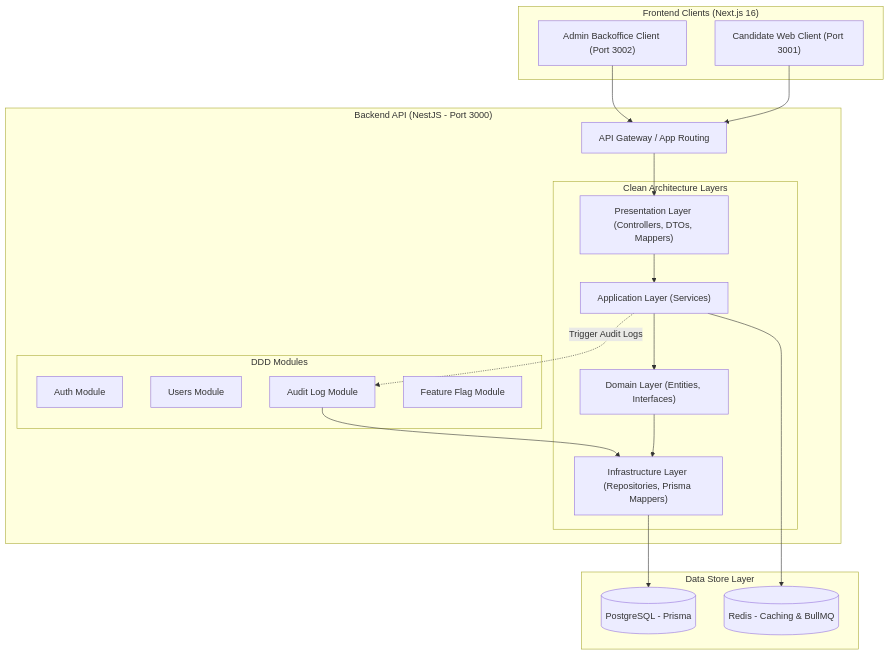
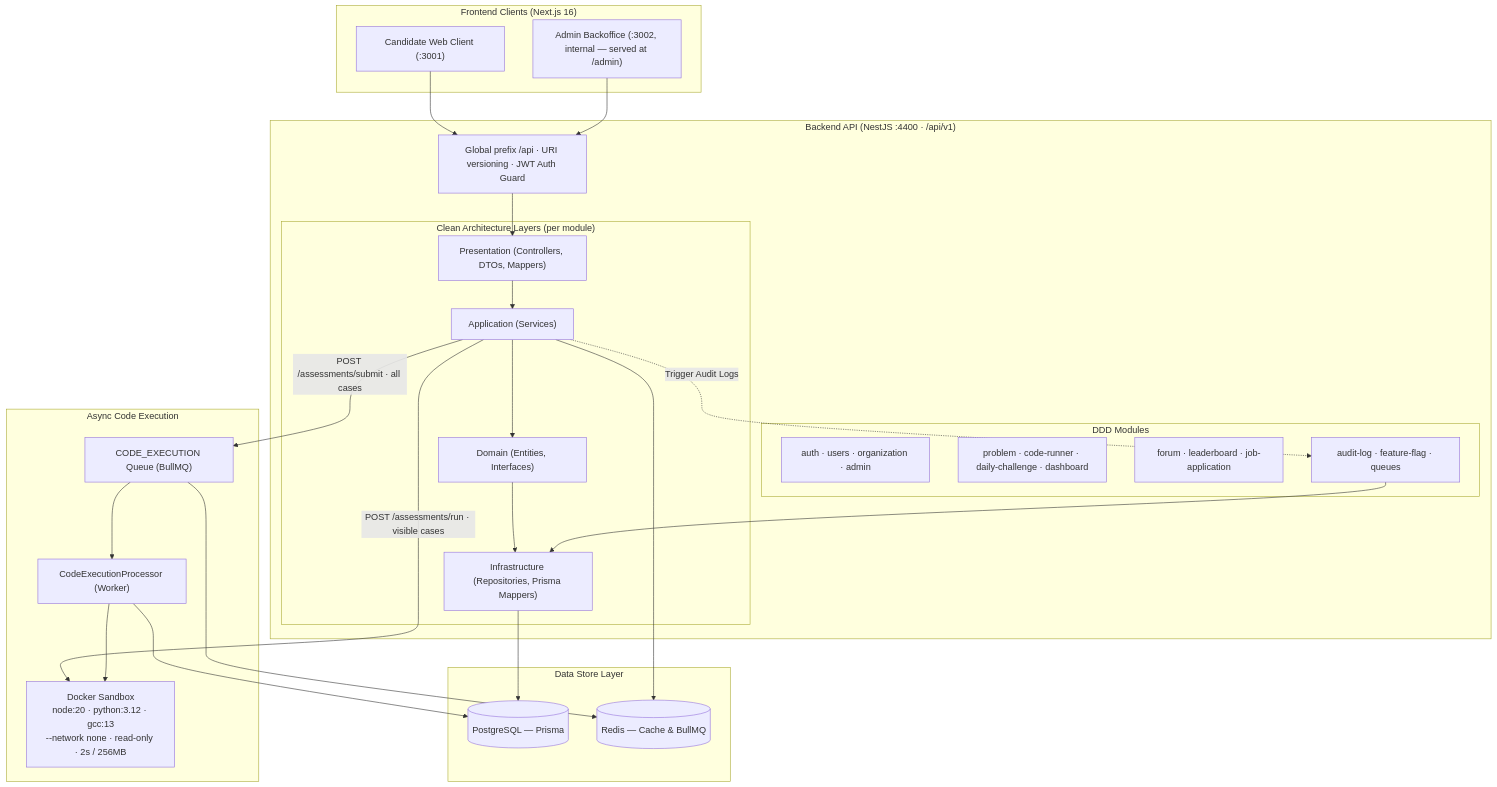
One commit to rizonkumar/elevateSDE changed the diagram in README.md. Above: the diagram before and after it, drawn with Mermaid. The commit also changed other lines of this file and 1 other file, not shown here.

Commit message:
Update Architecture and README for Enhanced System Features
- Revised architecture documentation to reflect new API endpoints and business domain structures, including the addition of daily challenges and coding assessments.
- Updated README to clarify developer guidelines and system architecture, including detailed descriptions of the code execution sandbox and its operational limits.
- Enhanced dashboard access details to include new surfaces for coding assessments and daily challenges, improving user navigation and experience.
- Added information on the new code execution process and its integration with the backend API, ensuring comprehensive documentation for developers.

````diff
--- a/README.md
+++ b/README.md
@@ -12,43 +12,57 @@
 ```mermaid
 graph TD
     subgraph Clients["Frontend Clients (Next.js 16)"]
-        Web["Candidate Web Client (Port 3001)"]
-        Admin["Admin Backoffice Client (Port 3002)"]
+        Web["Candidate Web Client (:3001)"]
+        Admin["Admin Backoffice (:3002, internal — served at /admin)"]
     end
 
-    subgraph API["Backend API (NestJS - Port 3000)"]
-        Gateway["API Gateway / App Routing"]
+    subgraph API["Backend API (NestJS :4400 · /api/v1)"]
+        Gateway["Global prefix /api · URI versioning · JWT Auth Guard"]
 
         subgraph Domains["DDD Modules"]
-            AuthModule["Auth Module"]
-            UsersModule["Users Module"]
-            AuditModule["Audit Log Module"]
-            FlagModule["Feature Flag Module"]
+            CoreMods["auth · users · organization · admin"]
+            LearnMods["problem · code-runner · daily-challenge · dashboard"]
+            CommMods["forum · leaderboard · job-application"]
+            PlatMods["audit-log · feature-flag · queues"]
         end
 
-        subgraph Layers["Clean Architecture Layers"]
-            Pres["Presentation Layer (Controllers, DTOs, Mappers)"]
-            App["Application Layer (Services)"]
-            Dom["Domain Layer (Entities, Interfaces)"]
-            Infra["Infrastructure Layer (Repositories, Prisma Mappers)"]
+        subgraph Layers["Clean Architecture Layers (per module)"]
+            Pres["Presentation (Controllers, DTOs, Mappers)"]
+            App["Application (Services)"]
+            Dom["Domain (Entities, Interfaces)"]
+            Infra["Infrastructure (Repositories, Prisma Mappers)"]
         end
     end
 
+    subgraph Async["Async Code Execution"]
+        Queue["CODE_EXECUTION Queue (BullMQ)"]
+        Worker["CodeExecutionProcessor (Worker)"]
+        Sandbox["Docker Sandbox<br/>node:20 · python:3.12 · gcc:13<br/>--network none · read-only · 2s / 256MB"]
+    end
+
     subgraph Storage["Data Store Layer"]
-        DB[(PostgreSQL - Prisma)]
-        Cache[(Redis - Caching & BullMQ)]
+        DB[("PostgreSQL — Prisma")]
+        Cache[("Redis — Cache & BullMQ")]
     end
 
     Web --> Gateway
     Admin --> Gateway
     Gateway --> Pres
     Pres --> App
     App --> Dom
     Dom --> Infra
     Infra --> DB
     App --> Cache
 
+    %% Code execution: synchronous run vs queued submit
+    App -->|POST /assessments/run · visible cases| Sandbox
+    App -->|POST /assessments/submit · all cases| Queue
+    Queue --> Cache
+    Queue --> Worker
+    Worker --> Sandbox
+    Worker --> DB
+
     %% Audit Logging Hook
-    App -.->|Trigger Audit Logs| AuditModule
-    AuditModule --> Infra
+    App -.->|Trigger Audit Logs| PlatMods
+    PlatMods --> Infra
 ```
````
